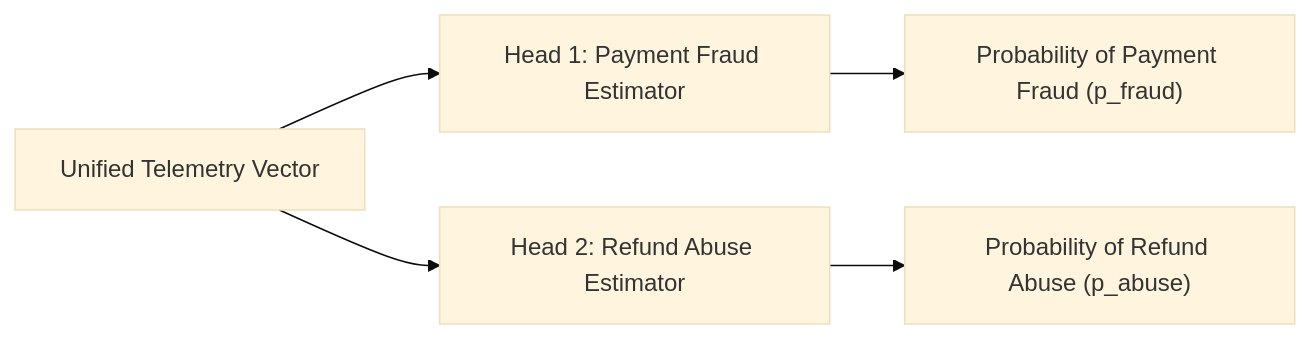
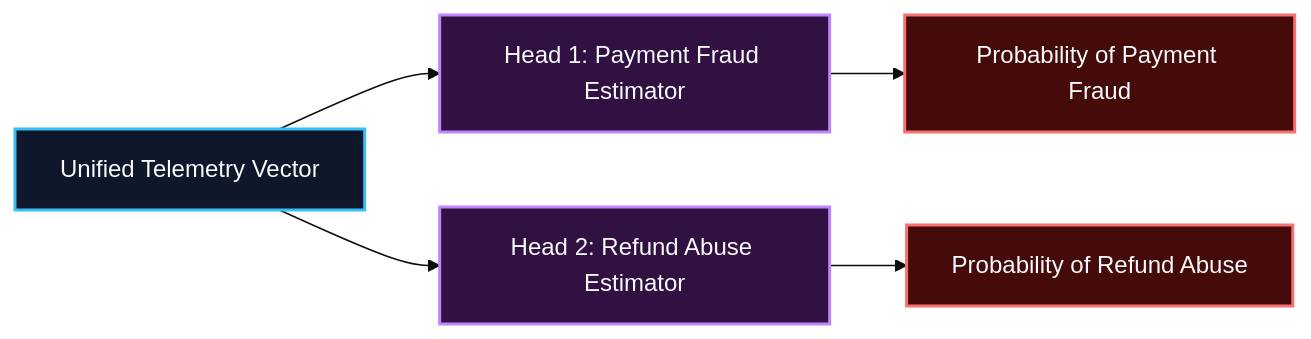
Before and after one commit to chanakya-b/shieldpay-risk-engine: the second of 2 diagrams in README.md, drawn with Mermaid (base theme). The commit also changed other lines of this file, not shown here.

````diff
--- a/README.md
+++ b/README.md
@@ -137,8 +123,14 @@
 ```mermaid
-graph LR
+flowchart LR
     Input[Unified Telemetry Vector] --> Head1[Head 1: Payment Fraud Estimator]
     Input --> Head2[Head 2: Refund Abuse Estimator]
     
-    Head1 --> Score1["Probability of Payment Fraud (p_fraud)"]
-    Head2 --> Score2["Probability of Refund Abuse (p_abuse)"]
+    Head1 --> Score1[Probability of Payment Fraud]
+    Head2 --> Score2[Probability of Refund Abuse]
+
+    style Input fill:#0f172a,stroke:#38bdf8,stroke-width:2px,color:#f8fafc
+    style Head1 fill:#311042,stroke:#c084fc,stroke-width:2px,color:#f8fafc
+    style Head2 fill:#311042,stroke:#c084fc,stroke-width:2px,color:#f8fafc
+    style Score1 fill:#450a0a,stroke:#f87171,stroke-width:2px,color:#f8fafc
+    style Score2 fill:#450a0a,stroke:#f87171,stroke-width:2px,color:#f8fafc
 ```
````
